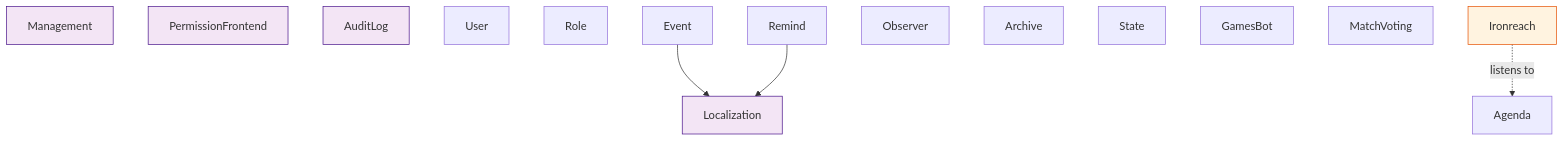
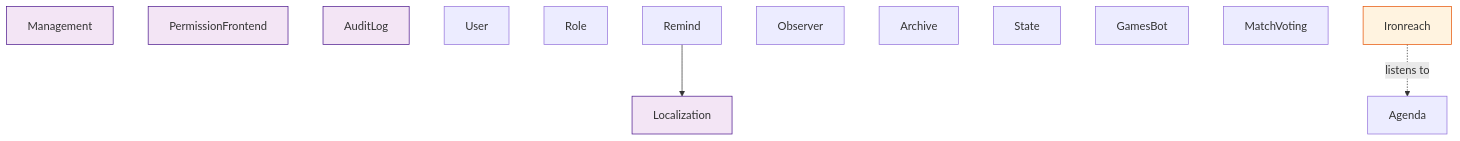
One commit to SteelRadiance/artemisDiscordBot changed the diagram in PLUGINS.md. Above: the diagram before and after it, drawn with Mermaid. The commit also changed other lines of this file and 23 other files, not shown here.

````diff
--- a/PLUGINS.md
+++ b/PLUGINS.md
@@ -125,41 +119,39 @@
 ```mermaid
 graph TD
     %% Core Plugins
     Management[Management]
     PermissionFrontend[PermissionFrontend]
     AuditLog[AuditLog]
     Localization[Localization]
     
     %% User/Role Plugins
     User[User]
     Role[Role]
     
-    %% Event Plugins
-    Event[Event]
+    %% Reminder & Voting Plugins
     Remind[Remind]
     Agenda[Agenda]
     
     %% Moderation Plugins
     Observer[Observer]
     Archive[Archive]
     State[State]
     
     %% Utility Plugins
     GamesBot[GamesBot]
     MatchVoting[MatchVoting]
     
     %% Server-Specific Plugins
     Ironreach[Ironreach]
     
     %% Dependencies
-    Event --> Localization
     Remind --> Localization
     Ironreach -.->|listens to| Agenda
     
     %% Styling
     classDef corePlugin fill:#f3e5f5,stroke:#4a148c
     classDef serverPlugin fill:#fff3e0,stroke:#e65100
     
     class Management,PermissionFrontend,AuditLog,Localization corePlugin
     class Ironreach serverPlugin
 ```
````
